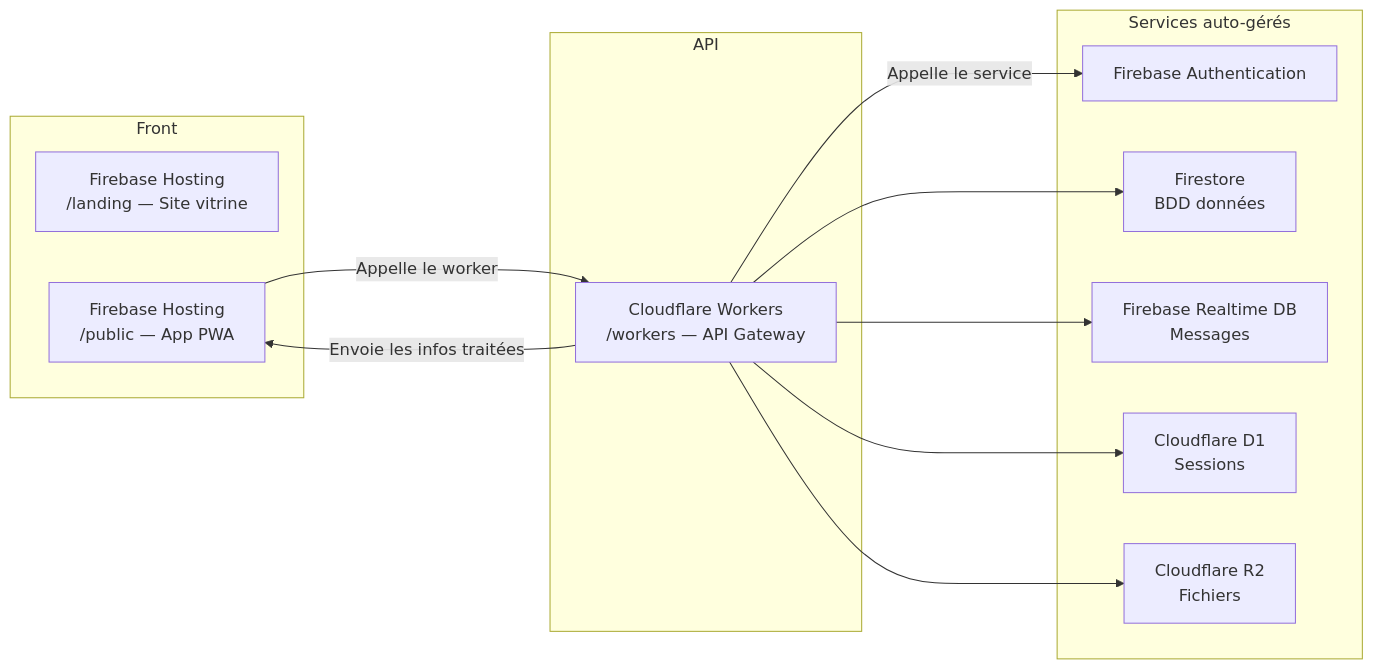
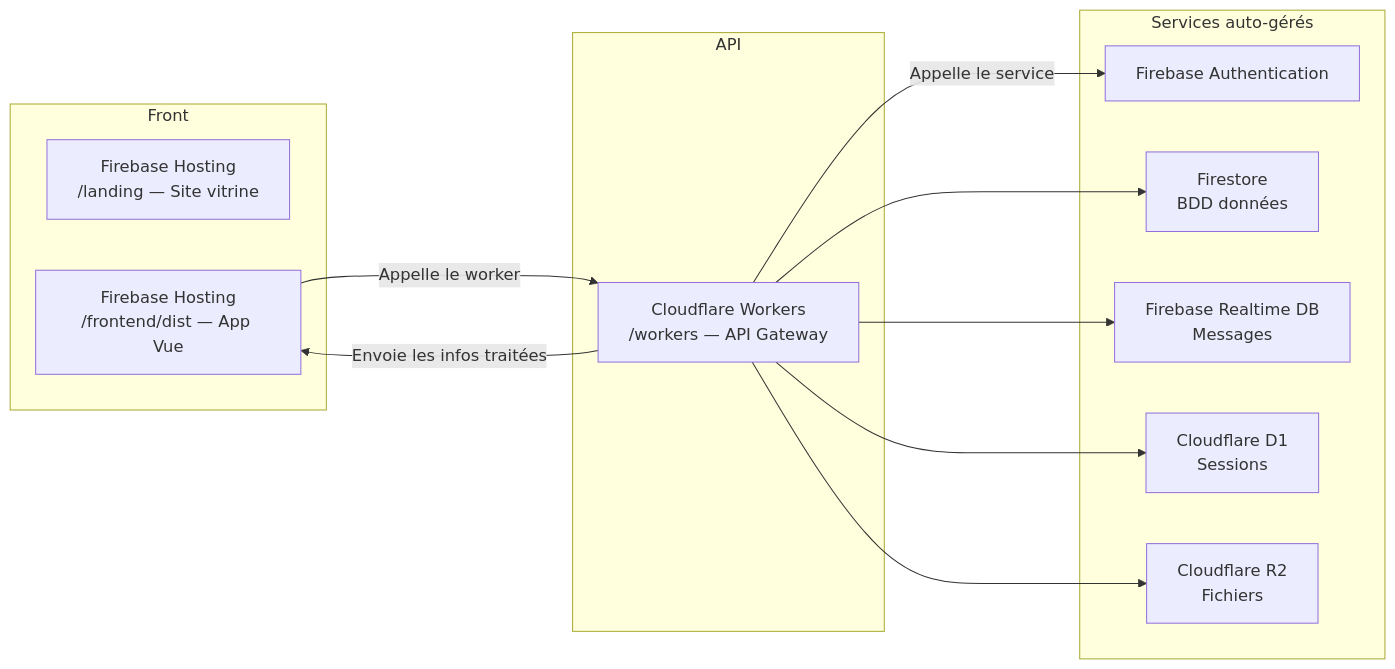
One commit to elieqlf/m2gdp-g1-art changed the diagram in docs/stack-technique.md. Above: the diagram before and after it, drawn with Mermaid. The commit also changed other lines of this file and 56 other files, not shown here.

````diff
--- a/docs/stack-technique.md
+++ b/docs/stack-technique.md
@@ -3,27 +5,27 @@
 ```mermaid
 flowchart LR
     subgraph Front
         Landing[Firebase Hosting\n/landing — Site vitrine]
-        App[Firebase Hosting\n/public — App PWA]
+        App[Firebase Hosting\n/frontend/dist — App Vue]
     end
 
     subgraph API
         Worker[Cloudflare Workers\n/workers — API Gateway]
     end
 
     subgraph Services["Services auto-gérés"]
         Auth[Firebase Authentication]
         Firestore[Firestore\nBDD données]
         Realtime[Firebase Realtime DB\nMessages]
         D1[Cloudflare D1\nSessions]
         R2[Cloudflare R2\nFichiers]
     end
 
     App -->|Appelle le worker| Worker
     Worker -->|Envoie les infos traitées| App
     Worker -->|Appelle le service| Auth
     Worker --> Firestore
     Worker --> Realtime
     Worker --> D1
     Worker --> R2
 ```
````
